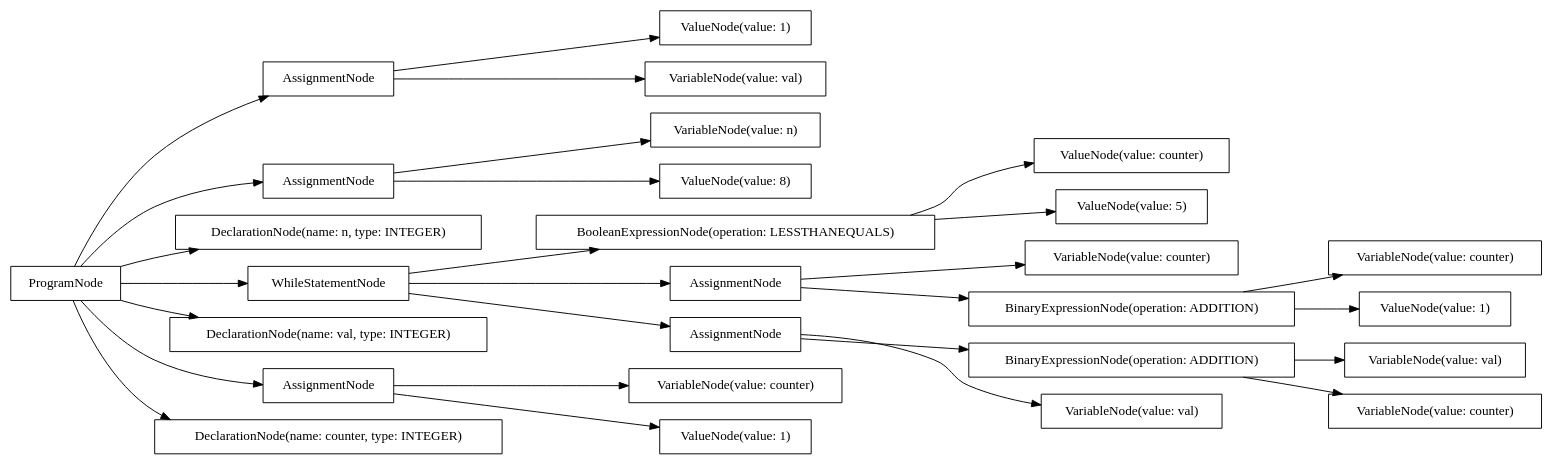
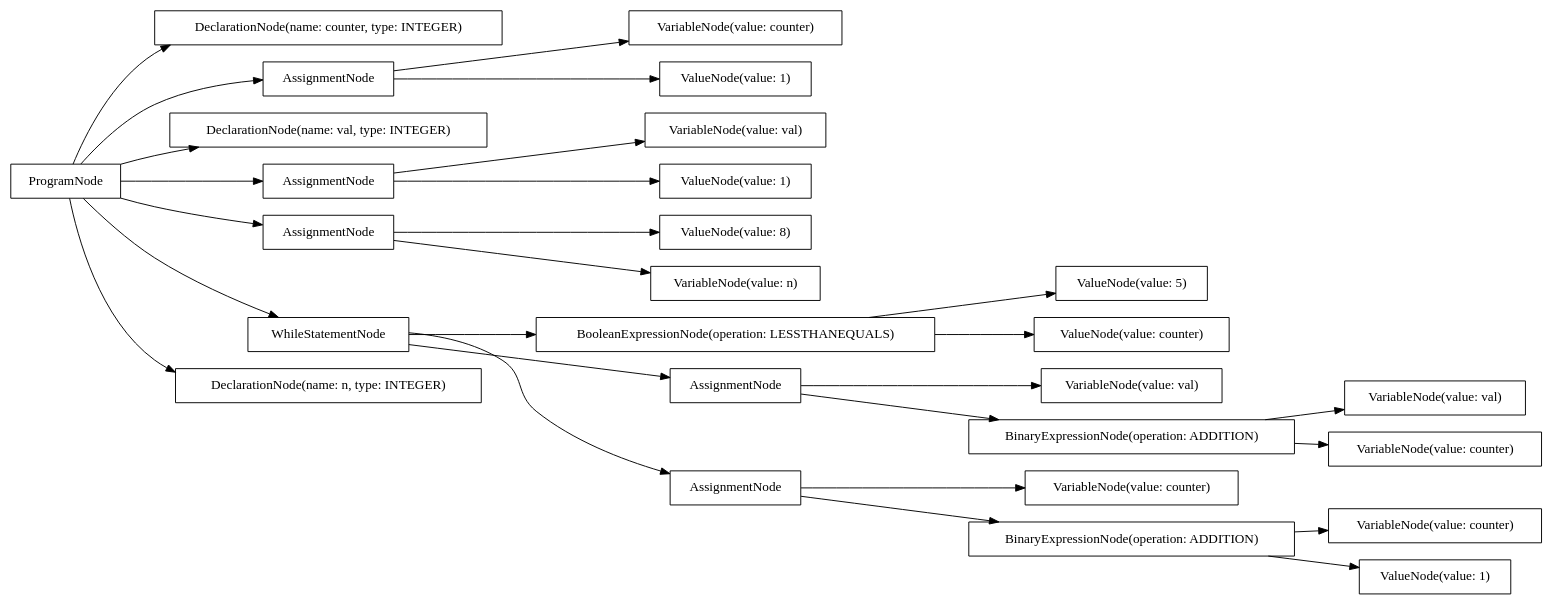
The diagram in src/output/dot/factorial.dot (AtLeastITry/ANTLR-Python-Compiler), drawn with Graphviz before and after one commit. The commit also changed 27 other files, not shown here.

```diff
--- a/src/output/dot/factorial.dot
+++ b/src/output/dot/factorial.dot
@@ -1,56 +1,56 @@
 digraph G {
 rankdir=LR
-"990095b6-ef8b-4ce2-8c4d-f8136807f842" [label="AssignmentNode" shape="box"];
-"89b88aa3-0738-46cf-9ee2-58669fd686ae" [label="VariableNode(value: counter)" shape="box"];
-"c70c5548-716d-43b6-8b72-e31a6c12d8f6" [label="ValueNode(value: 1)" shape="box"];
-"937c5b4d-ec4c-49d5-a68b-de8f40a17599" [label="AssignmentNode" shape="box"];
-"47ef0ecd-5883-42ab-8847-c0f1d393ce3a" [label="VariableNode(value: n)" shape="box"];
-"6339c2ed-4eaa-420c-b246-3f2b58cbf70d" [label="DeclarationNode(name: n, type: INTEGER)" shape="box"];
-"7f8fb6f4-af5c-4226-8db4-ad789638f4ec" [label="VariableNode(value: counter)" shape="box"];
-"e45e6af0-778d-44e1-816c-26fdd1b2e6fb" [label="ValueNode(value: counter)" shape="box"];
-"9c8fa5f3-719d-4ec3-bf04-23c5a0d2e22f" [label="WhileStatementNode" shape="box"];
-"9fbded9e-cf69-4c9d-82cc-377069bf46f5" [label="ValueNode(value: 8)" shape="box"];
-"dfefe559-44d0-4ec2-b054-32716aec3c0c" [label="VariableNode(value: counter)" shape="box"];
-"90334702-781b-40a2-ba97-4e6ec359c68a" [label="ProgramNode" shape="box"];
-"42702cea-05d9-4a2e-8606-d97dfb0571f1" [label="BinaryExpressionNode(operation: ADDITION)" shape="box"];
-"7d422806-a406-42e2-abcb-8cfb4f0e037d" [label="BooleanExpressionNode(operation: LESSTHANEQUALS)" shape="box"];
-"082de57c-e822-4158-931c-b0dd26bc44f5" [label="AssignmentNode" shape="box"];
-"3029ded8-9cdf-49d0-8814-0cb166c48abb" [label="ValueNode(value: 5)" shape="box"];
-"a16b987f-5755-4ad0-a6ac-084b31118343" [label="VariableNode(value: val)" shape="box"];
-"8f846004-b1c6-4329-a42d-7ae35cf44b3e" [label="ValueNode(value: 1)" shape="box"];
-"050840d5-8891-4a12-a123-10c2a3d05d83" [label="VariableNode(value: val)" shape="box"];
-"9cbd26a7-e47e-4caa-8656-4b7d9c56961d" [label="BinaryExpressionNode(operation: ADDITION)" shape="box"];
-"0a54ba7a-1582-492f-afe2-ab0dc993a2d0" [label="VariableNode(value: counter)" shape="box"];
-"13b97998-ed32-4510-9898-fd0f8d777f52" [label="DeclarationNode(name: val, type: INTEGER)" shape="box"];
-"9395a062-50de-493a-a6ea-090e0766fca2" [label="AssignmentNode" shape="box"];
-"b385e273-97b7-44c0-afb4-2ad278f2a626" [label="ValueNode(value: 1)" shape="box"];
-"ac6e2f62-22f8-4db8-af1c-2b41f29379b5" [label="AssignmentNode" shape="box"];
-"8f60fd34-2910-4adb-a144-eb725025e3b0" [label="DeclarationNode(name: counter, type: INTEGER)" shape="box"];
-"19ffe539-794d-475d-abbd-238fa1c0cd59" [label="VariableNode(value: val)" shape="box"];
-"90334702-781b-40a2-ba97-4e6ec359c68a" -> "6339c2ed-4eaa-420c-b246-3f2b58cbf70d";
-"90334702-781b-40a2-ba97-4e6ec359c68a" -> "13b97998-ed32-4510-9898-fd0f8d777f52";
-"90334702-781b-40a2-ba97-4e6ec359c68a" -> "8f60fd34-2910-4adb-a144-eb725025e3b0";
-"90334702-781b-40a2-ba97-4e6ec359c68a" -> "937c5b4d-ec4c-49d5-a68b-de8f40a17599";
-"937c5b4d-ec4c-49d5-a68b-de8f40a17599" -> "47ef0ecd-5883-42ab-8847-c0f1d393ce3a";
-"937c5b4d-ec4c-49d5-a68b-de8f40a17599" -> "9fbded9e-cf69-4c9d-82cc-377069bf46f5";
-"90334702-781b-40a2-ba97-4e6ec359c68a" -> "990095b6-ef8b-4ce2-8c4d-f8136807f842";
-"990095b6-ef8b-4ce2-8c4d-f8136807f842" -> "050840d5-8891-4a12-a123-10c2a3d05d83";
-"990095b6-ef8b-4ce2-8c4d-f8136807f842" -> "c70c5548-716d-43b6-8b72-e31a6c12d8f6";
-"90334702-781b-40a2-ba97-4e6ec359c68a" -> "ac6e2f62-22f8-4db8-af1c-2b41f29379b5";
-"ac6e2f62-22f8-4db8-af1c-2b41f29379b5" -> "89b88aa3-0738-46cf-9ee2-58669fd686ae";
-"ac6e2f62-22f8-4db8-af1c-2b41f29379b5" -> "8f846004-b1c6-4329-a42d-7ae35cf44b3e";
-"90334702-781b-40a2-ba97-4e6ec359c68a" -> "9c8fa5f3-719d-4ec3-bf04-23c5a0d2e22f";
-"9c8fa5f3-719d-4ec3-bf04-23c5a0d2e22f" -> "7d422806-a406-42e2-abcb-8cfb4f0e037d";
-"7d422806-a406-42e2-abcb-8cfb4f0e037d" -> "e45e6af0-778d-44e1-816c-26fdd1b2e6fb";
-"7d422806-a406-42e2-abcb-8cfb4f0e037d" -> "3029ded8-9cdf-49d0-8814-0cb166c48abb";
-"9c8fa5f3-719d-4ec3-bf04-23c5a0d2e22f" -> "9395a062-50de-493a-a6ea-090e0766fca2";
-"9395a062-50de-493a-a6ea-090e0766fca2" -> "19ffe539-794d-475d-abbd-238fa1c0cd59";
-"9395a062-50de-493a-a6ea-090e0766fca2" -> "9cbd26a7-e47e-4caa-8656-4b7d9c56961d";
-"9cbd26a7-e47e-4caa-8656-4b7d9c56961d" -> "a16b987f-5755-4ad0-a6ac-084b31118343";
-"9cbd26a7-e47e-4caa-8656-4b7d9c56961d" -> "0a54ba7a-1582-492f-afe2-ab0dc993a2d0";
-"9c8fa5f3-719d-4ec3-bf04-23c5a0d2e22f" -> "082de57c-e822-4158-931c-b0dd26bc44f5";
-"082de57c-e822-4158-931c-b0dd26bc44f5" -> "7f8fb6f4-af5c-4226-8db4-ad789638f4ec";
-"082de57c-e822-4158-931c-b0dd26bc44f5" -> "42702cea-05d9-4a2e-8606-d97dfb0571f1";
-"42702cea-05d9-4a2e-8606-d97dfb0571f1" -> "dfefe559-44d0-4ec2-b054-32716aec3c0c";
-"42702cea-05d9-4a2e-8606-d97dfb0571f1" -> "b385e273-97b7-44c0-afb4-2ad278f2a626";
+"f780951c-36a0-41c2-a02a-29e79add90ae" [label="ValueNode(value: 5)" shape="box"];
+"545aef54-21bd-4ade-bb91-00bae7cd7f0a" [label="VariableNode(value: val)" shape="box"];
+"0c5cba87-d37a-459b-aaf0-c27a24651a50" [label="VariableNode(value: val)" shape="box"];
+"c78d5a6d-a496-42a5-9289-59c6960a3b90" [label="ValueNode(value: 1)" shape="box"];
+"8685633a-37cf-43c3-87bd-11dd3acab81e" [label="DeclarationNode(name: counter, type: INTEGER)" shape="box"];
+"62d59c29-ebca-4318-9f96-68c61915ad63" [label="AssignmentNode" shape="box"];
+"2f6e39c3-ea99-4b55-a2ea-b81a25d73f8a" [label="VariableNode(value: counter)" shape="box"];
+"c6c6ac7f-b51b-496c-a910-ab948af97c23" [label="VariableNode(value: counter)" shape="box"];
+"b9070f4e-c5f9-43ec-998c-19e8c149c2e6" [label="VariableNode(value: counter)" shape="box"];
+"f8bc645f-fadd-4321-aac8-51fce8567b9d" [label="BinaryExpressionNode(operation: ADDITION)" shape="box"];
+"2fb8ecee-4b78-427b-8e26-248224de974c" [label="DeclarationNode(name: val, type: INTEGER)" shape="box"];
+"3300b806-6d74-4e6e-ab98-602b8beaa6e6" [label="ValueNode(value: 1)" shape="box"];
+"3b809f38-b716-414b-9683-18c6093a27be" [label="AssignmentNode" shape="box"];
+"b2159f06-70ff-4152-a23a-a8b918df0604" [label="ValueNode(value: 8)" shape="box"];
+"8f2d3bf6-ee2b-44bd-b4f7-e7ae03bffbc1" [label="BooleanExpressionNode(operation: LESSTHANEQUALS)" shape="box"];
+"201bb855-d890-4aff-9a83-a93ebfa92e5b" [label="VariableNode(value: val)" shape="box"];
+"b5434d12-b315-4698-9198-5345354078b1" [label="ProgramNode" shape="box"];
+"4147aa55-38e0-47bb-ac3b-f2da06c860d0" [label="VariableNode(value: counter)" shape="box"];
+"7317992c-6127-4b3f-8471-e035152068b5" [label="AssignmentNode" shape="box"];
+"2c7eda34-4dd0-4a88-a7f2-f2c9ed904eca" [label="VariableNode(value: n)" shape="box"];
+"60ae2045-4525-420b-8735-849ea556ac4b" [label="ValueNode(value: 1)" shape="box"];
+"c401440a-1cfe-43c5-a094-9b4464467553" [label="AssignmentNode" shape="box"];
+"aab3af41-5de8-4fde-988c-3a7c3a4e778f" [label="AssignmentNode" shape="box"];
+"da3b732d-46c6-4f44-b1ee-f392c50ce31d" [label="ValueNode(value: counter)" shape="box"];
+"622244b5-b326-41c7-a211-e734c69c0a33" [label="WhileStatementNode" shape="box"];
+"b67133ec-7a9c-4617-ae04-3065010b5f41" [label="BinaryExpressionNode(operation: ADDITION)" shape="box"];
+"97f3ce93-60a3-4443-ac03-6437269ba210" [label="DeclarationNode(name: n, type: INTEGER)" shape="box"];
+"b5434d12-b315-4698-9198-5345354078b1" -> "97f3ce93-60a3-4443-ac03-6437269ba210";
+"b5434d12-b315-4698-9198-5345354078b1" -> "2fb8ecee-4b78-427b-8e26-248224de974c";
+"b5434d12-b315-4698-9198-5345354078b1" -> "8685633a-37cf-43c3-87bd-11dd3acab81e";
+"b5434d12-b315-4698-9198-5345354078b1" -> "7317992c-6127-4b3f-8471-e035152068b5";
+"7317992c-6127-4b3f-8471-e035152068b5" -> "2c7eda34-4dd0-4a88-a7f2-f2c9ed904eca";
+"7317992c-6127-4b3f-8471-e035152068b5" -> "b2159f06-70ff-4152-a23a-a8b918df0604";
+"b5434d12-b315-4698-9198-5345354078b1" -> "3b809f38-b716-414b-9683-18c6093a27be";
+"3b809f38-b716-414b-9683-18c6093a27be" -> "0c5cba87-d37a-459b-aaf0-c27a24651a50";
+"3b809f38-b716-414b-9683-18c6093a27be" -> "c78d5a6d-a496-42a5-9289-59c6960a3b90";
+"b5434d12-b315-4698-9198-5345354078b1" -> "62d59c29-ebca-4318-9f96-68c61915ad63";
+"62d59c29-ebca-4318-9f96-68c61915ad63" -> "2f6e39c3-ea99-4b55-a2ea-b81a25d73f8a";
+"62d59c29-ebca-4318-9f96-68c61915ad63" -> "3300b806-6d74-4e6e-ab98-602b8beaa6e6";
+"b5434d12-b315-4698-9198-5345354078b1" -> "622244b5-b326-41c7-a211-e734c69c0a33";
+"622244b5-b326-41c7-a211-e734c69c0a33" -> "8f2d3bf6-ee2b-44bd-b4f7-e7ae03bffbc1";
+"8f2d3bf6-ee2b-44bd-b4f7-e7ae03bffbc1" -> "da3b732d-46c6-4f44-b1ee-f392c50ce31d";
+"8f2d3bf6-ee2b-44bd-b4f7-e7ae03bffbc1" -> "f780951c-36a0-41c2-a02a-29e79add90ae";
+"622244b5-b326-41c7-a211-e734c69c0a33" -> "c401440a-1cfe-43c5-a094-9b4464467553";
+"c401440a-1cfe-43c5-a094-9b4464467553" -> "201bb855-d890-4aff-9a83-a93ebfa92e5b";
+"c401440a-1cfe-43c5-a094-9b4464467553" -> "b67133ec-7a9c-4617-ae04-3065010b5f41";
+"b67133ec-7a9c-4617-ae04-3065010b5f41" -> "545aef54-21bd-4ade-bb91-00bae7cd7f0a";
+"b67133ec-7a9c-4617-ae04-3065010b5f41" -> "b9070f4e-c5f9-43ec-998c-19e8c149c2e6";
+"622244b5-b326-41c7-a211-e734c69c0a33" -> "aab3af41-5de8-4fde-988c-3a7c3a4e778f";
+"aab3af41-5de8-4fde-988c-3a7c3a4e778f" -> "c6c6ac7f-b51b-496c-a910-ab948af97c23";
+"aab3af41-5de8-4fde-988c-3a7c3a4e778f" -> "f8bc645f-fadd-4321-aac8-51fce8567b9d";
+"f8bc645f-fadd-4321-aac8-51fce8567b9d" -> "4147aa55-38e0-47bb-ac3b-f2da06c860d0";
+"f8bc645f-fadd-4321-aac8-51fce8567b9d" -> "60ae2045-4525-420b-8735-849ea556ac4b";
 }
```
